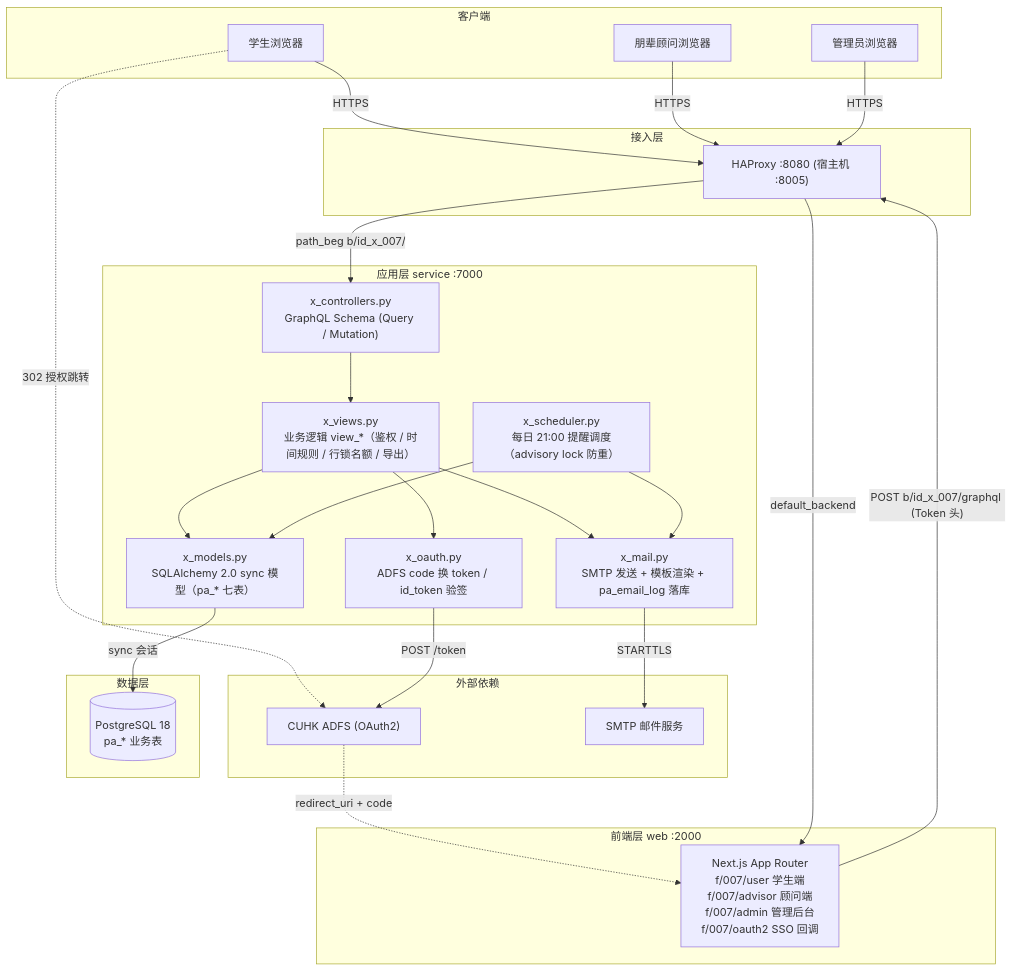
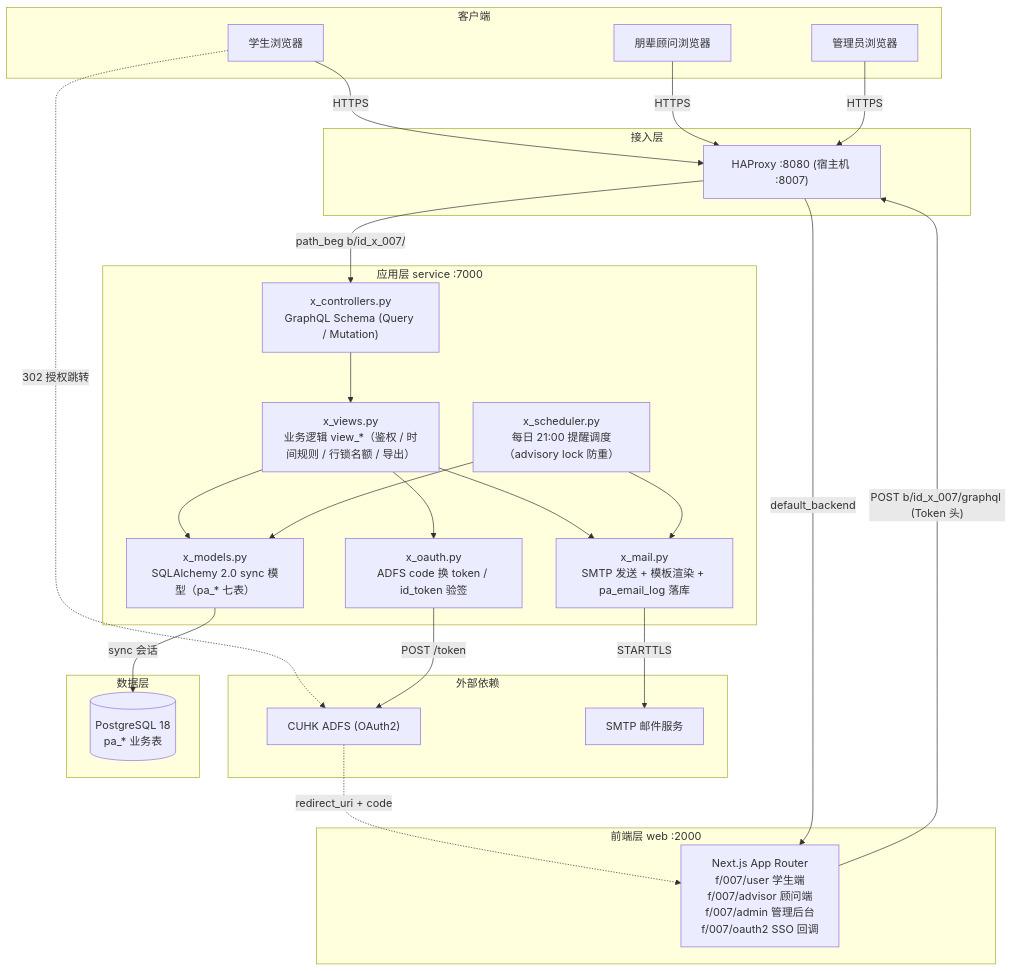
One commit to i-TorchLabs/id_x_007 changed the first of 2 diagrams in README.md. Above: the diagram before and after it, drawn with Mermaid. The commit also changed other lines of this file and 3 other files, not shown here.

````diff
--- a/README.md
+++ b/README.md
@@ -72,52 +72,52 @@
 ```mermaid
 graph TD
     subgraph Client["客户端"]
         Student["学生浏览器"]
         Advisor["朋辈顾问浏览器"]
         Admin["管理员浏览器"]
     end
 
     subgraph IdP["外部依赖"]
         ADFS["CUHK ADFS (OAuth2)"]
         SMTP["SMTP 邮件服务"]
     end
 
     subgraph Gateway["接入层"]
-        HAProxy["HAProxy :8080 (宿主机 :8005)"]
+        HAProxy["HAProxy :8080 (宿主机 :8007)"]
     end
 
     subgraph Frontend["前端层 web :2000"]
         Next["Next.js App Router<br/>f/007/user 学生端<br/>f/007/advisor 顾问端<br/>f/007/admin 管理后台<br/>f/007/oauth2 SSO 回调"]
     end
 
     subgraph Backend["应用层 service :7000"]
         Controller["x_controllers.py<br/>GraphQL Schema (Query / Mutation)"]
         Views["x_views.py<br/>业务逻辑 view_*（鉴权 / 时间规则 / 行锁名额 / 导出）"]
         Scheduler["x_scheduler.py<br/>每日 21:00 提醒调度（advisory lock 防重）"]
         Mail["x_mail.py<br/>SMTP 发送 + 模板渲染 + pa_email_log 落库"]
         OAuth["x_oauth.py<br/>ADFS code 换 token / id_token 验签"]
         Models["x_models.py<br/>SQLAlchemy 2.0 sync 模型（pa_* 七表）"]
     end
 
     subgraph Data["数据层"]
         PG[("PostgreSQL 18<br/>pa_* 业务表")]
     end
 
     Student -->|"HTTPS"| HAProxy
     Advisor -->|"HTTPS"| HAProxy
     Admin -->|"HTTPS"| HAProxy
     Student -. "302 授权跳转" .-> ADFS
     ADFS -. "redirect_uri + code" .-> Next
     HAProxy -->|"path_beg b/id_x_007/"| Controller
     HAProxy -->|"default_backend"| Next
     Next -->|"POST b/id_x_007/graphql (Token 头)"| HAProxy
     Controller --> Views
     Views --> Models
     Views --> Mail
     Views --> OAuth
     OAuth -->|"POST /token"| ADFS
     Scheduler --> Models
     Scheduler --> Mail
     Mail -->|"STARTTLS"| SMTP
     Models -->|"sync 会话"| PG
 ```
````
